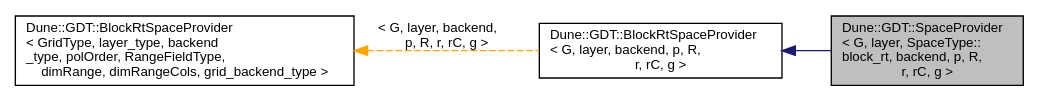
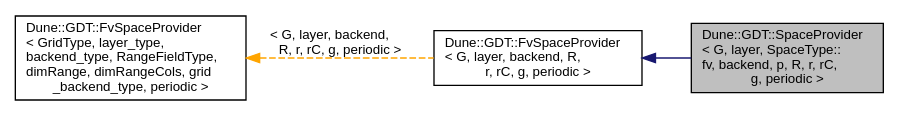
One commit to dune-community/dune-community.github.io changed the diagram in docs/dune-gdt/''/a02967.dot. Above: the diagram before and after it, drawn with Graphviz. The commit also changed 2647 other files, not shown here.

Commit message:
Updated documentation for dune-gdt ''

```diff
--- a/docs/dune-gdt/''/a02967.dot
+++ b/docs/dune-gdt/''/a02967.dot
@@ -1,11 +1,11 @@
-digraph "Dune::GDT::SpaceProvider&lt; G, layer, SpaceType::block_rt, backend, p, R, r, rC, g &gt;"
+digraph "Dune::GDT::SpaceProvider&lt; G, layer, SpaceType::fv, backend, p, R, r, rC, g, periodic &gt;"
 {
   edge [fontname="Helvetica",fontsize="10",labelfontname="Helvetica",labelfontsize="10"];
   node [fontname="Helvetica",fontsize="10",shape=record];
   rankdir="LR";
-  Node0 [label="Dune::GDT::SpaceProvider\l\< G, layer, SpaceType::\lblock_rt, backend, p, R,\l r, rC, g \>",height=0.2,width=0.4,color="black", fillcolor="grey75", style="filled", fontcolor="black"];
+  Node0 [label="Dune::GDT::SpaceProvider\l\< G, layer, SpaceType::\lfv, backend, p, R, r, rC,\l g, periodic \>",height=0.2,width=0.4,color="black", fillcolor="grey75", style="filled", fontcolor="black"];
   Node1 -> Node0 [dir="back",color="midnightblue",fontsize="10",style="solid",fontname="Helvetica"];
-  Node1 [label="Dune::GDT::BlockRtSpaceProvider\l\< G, layer, backend, p, R,\l r, rC, g \>",height=0.2,width=0.4,color="black", fillcolor="white", style="filled",URL="$a02928.html"];
-  Node2 -> Node1 [dir="back",color="orange",fontsize="10",style="dashed",label=" \< G, layer, backend,\l p, R, r, rC, g \>" ,fontname="Helvetica"];
-  Node2 [label="Dune::GDT::BlockRtSpaceProvider\l\< GridType, layer_type, backend\l_type, polOrder, RangeFieldType,\l dimRange, dimRangeCols, grid_backend_type \>",height=0.2,width=0.4,color="black", fillcolor="white", style="filled",URL="$a02928.html"];
+  Node1 [label="Dune::GDT::FvSpaceProvider\l\< G, layer, backend, R,\l r, rC, g, periodic \>",height=0.2,width=0.4,color="black", fillcolor="white", style="filled",URL="$a02684.html"];
+  Node2 -> Node1 [dir="back",color="orange",fontsize="10",style="dashed",label=" \< G, layer, backend,\l R, r, rC, g, periodic \>" ,fontname="Helvetica"];
+  Node2 [label="Dune::GDT::FvSpaceProvider\l\< GridType, layer_type,\l backend_type, RangeFieldType,\l dimRange, dimRangeCols, grid\l_backend_type, periodic \>",height=0.2,width=0.4,color="black", fillcolor="white", style="filled",URL="$a02684.html"];
 }
```
